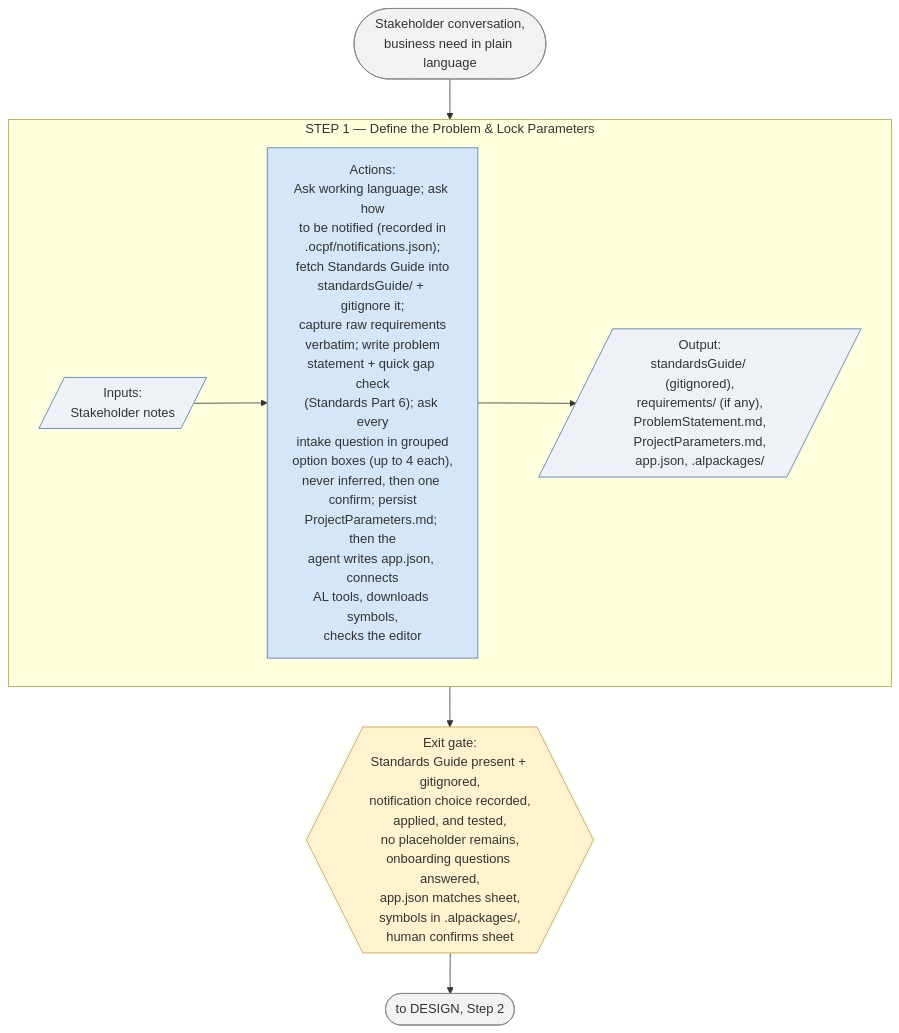
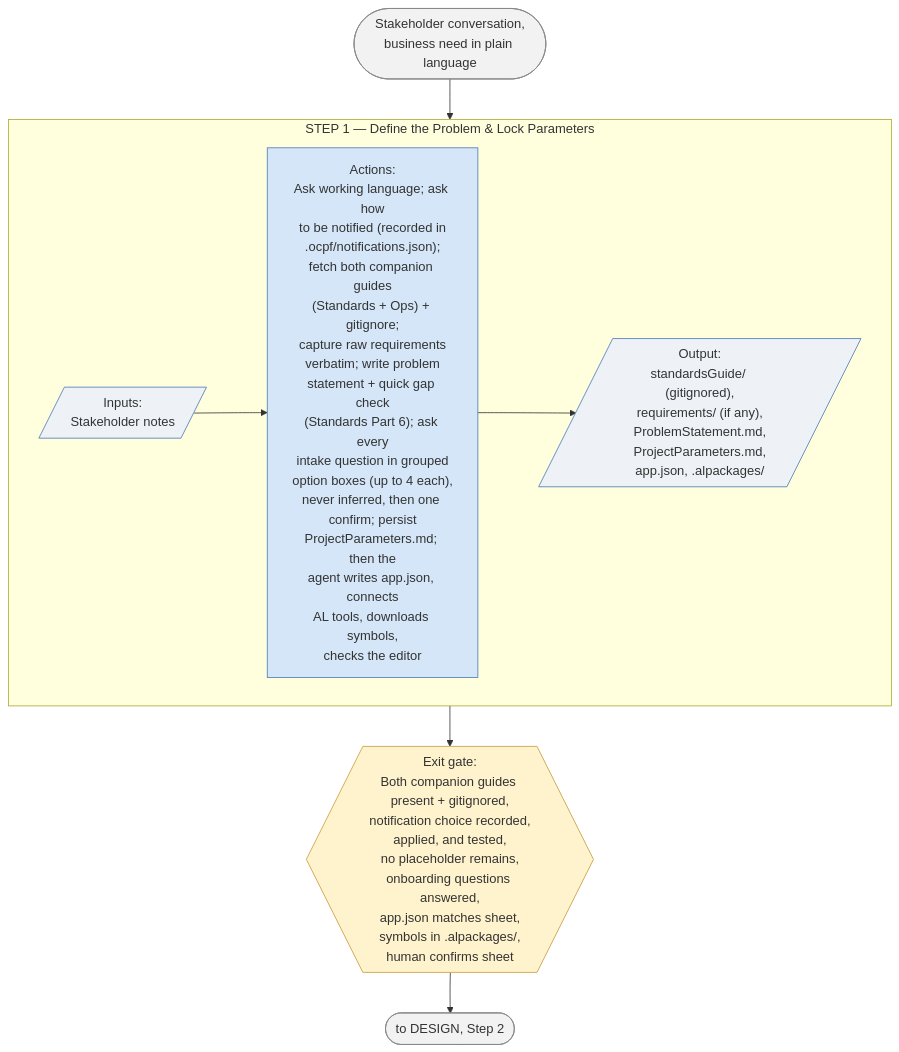
One commit to ajansari/ocpfBcAgenticDevFramework changed the third of 7 diagrams in liteVersion/LITE_RunbookSchematics.md. Above: the diagram before and after it, drawn with Mermaid. The commit also changed other lines of this file and 20 other files, not shown here.

First line of the commit message:
Runbooks v3.0.0.0 / Lite v2.0.0.0, Ops Guide v1.0.0.0, Standards v1.8.0.0, ocpf-bc 2.0.0

````diff
--- a/liteVersion/LITE_RunbookSchematics.md
+++ b/liteVersion/LITE_RunbookSchematics.md
@@ -116,21 +116,21 @@
 ```mermaid
 flowchart TD
     Start(["Stakeholder conversation,<br/>business need in plain language"]) --> S1
 
     subgraph S1["STEP 1 — Define the Problem & Lock Parameters"]
         direction LR
-        In1[/"Inputs:<br/>Stakeholder notes"/] --> Act1["Actions:<br/>Ask working language; ask how<br/>to be notified (recorded in<br/>.ocpf/notifications.json);<br/>fetch Standards Guide into<br/>standardsGuide/ + gitignore it;<br/>capture raw requirements<br/>verbatim; write problem<br/>statement + quick gap check<br/>(Standards Part 6); ask every<br/>intake question in grouped<br/>option boxes (up to 4 each),<br/>never inferred, then one confirm; persist<br/>ProjectParameters.md; then the<br/>agent writes app.json, connects<br/>AL tools, downloads symbols,<br/>checks the editor"] --> Out1[/"Output:<br/>standardsGuide/ (gitignored),<br/>requirements/ (if any),<br/>ProblemStatement.md,<br/>ProjectParameters.md,<br/>app.json, .alpackages/"/]
+        In1[/"Inputs:<br/>Stakeholder notes"/] --> Act1["Actions:<br/>Ask working language; ask how<br/>to be notified (recorded in<br/>.ocpf/notifications.json);<br/>fetch both companion guides<br/>(Standards + Ops) + gitignore;<br/>capture raw requirements<br/>verbatim; write problem<br/>statement + quick gap check<br/>(Standards Part 6); ask every<br/>intake question in grouped<br/>option boxes (up to 4 each),<br/>never inferred, then one confirm; persist<br/>ProjectParameters.md; then the<br/>agent writes app.json, connects<br/>AL tools, downloads symbols,<br/>checks the editor"] --> Out1[/"Output:<br/>standardsGuide/ (gitignored),<br/>requirements/ (if any),<br/>ProblemStatement.md,<br/>ProjectParameters.md,<br/>app.json, .alpackages/"/]
     end
-    S1 --> Gate1{{"Exit gate:<br/>Standards Guide present + gitignored,<br/>notification choice recorded,<br/>applied, and tested,<br/>no placeholder remains,<br/>onboarding questions answered,<br/>app.json matches sheet,<br/>symbols in .alpackages/,<br/>human confirms sheet"}}
+    S1 --> Gate1{{"Exit gate:<br/>Both companion guides present + gitignored,<br/>notification choice recorded,<br/>applied, and tested,<br/>no placeholder remains,<br/>onboarding questions answered,<br/>app.json matches sheet,<br/>symbols in .alpackages/,<br/>human confirms sheet"}}
 
     Gate1 --> Next(["to DESIGN, Step 2"])
 
     classDef io fill:#eef2f7,stroke:#4a7ab5,stroke-width:1px;
     classDef act fill:#d4e6f7,stroke:#4a7ab5,stroke-width:1px;
     classDef gate fill:#fff3cd,stroke:#c99a3a,stroke-width:1px;
     classDef endpoint fill:#f2f2f2,stroke:#888,stroke-width:1px;
     class In1,Out1 io;
     class Act1 act;
     class Gate1 gate;
     class Start,Next endpoint;
 ```
````
